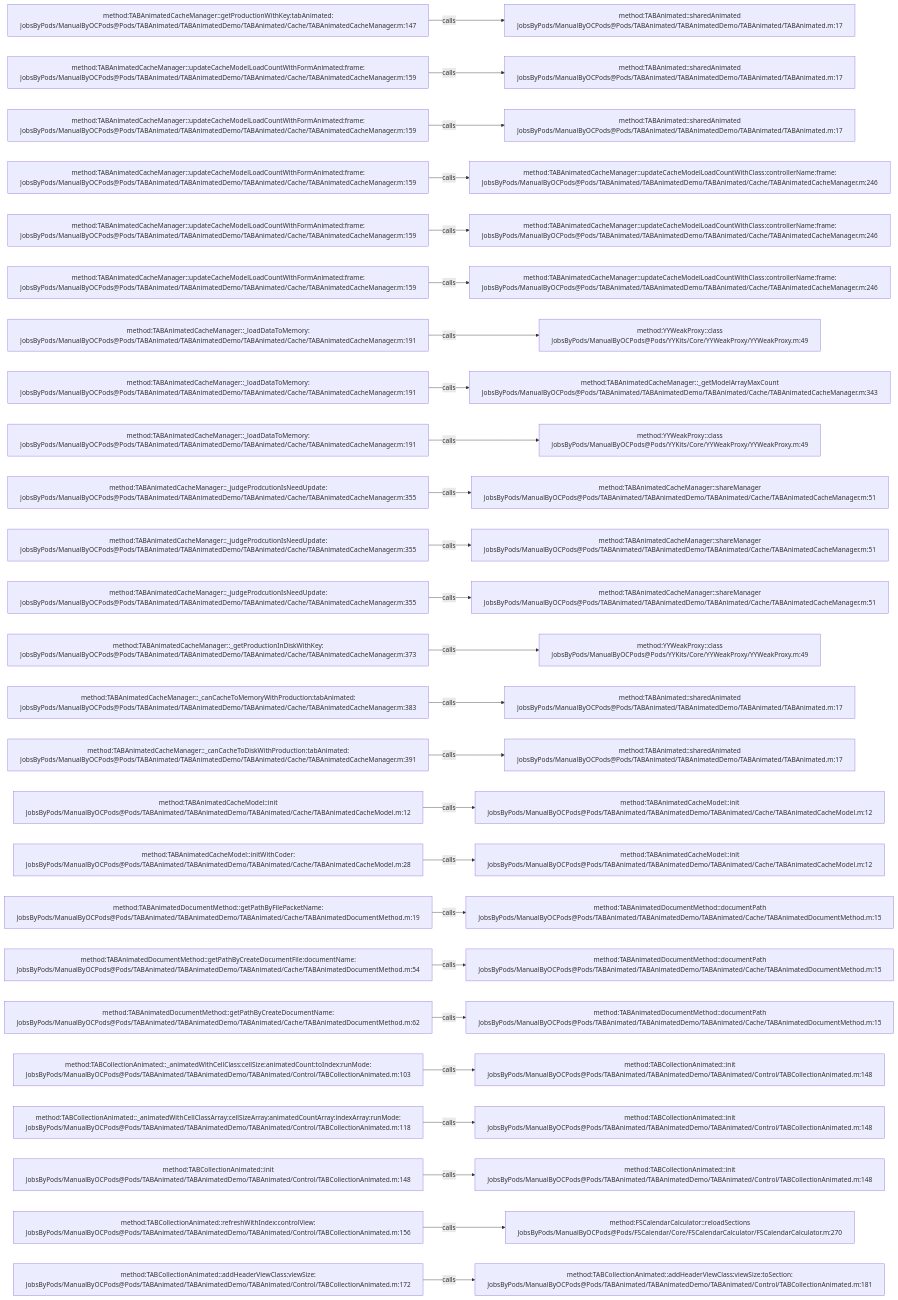
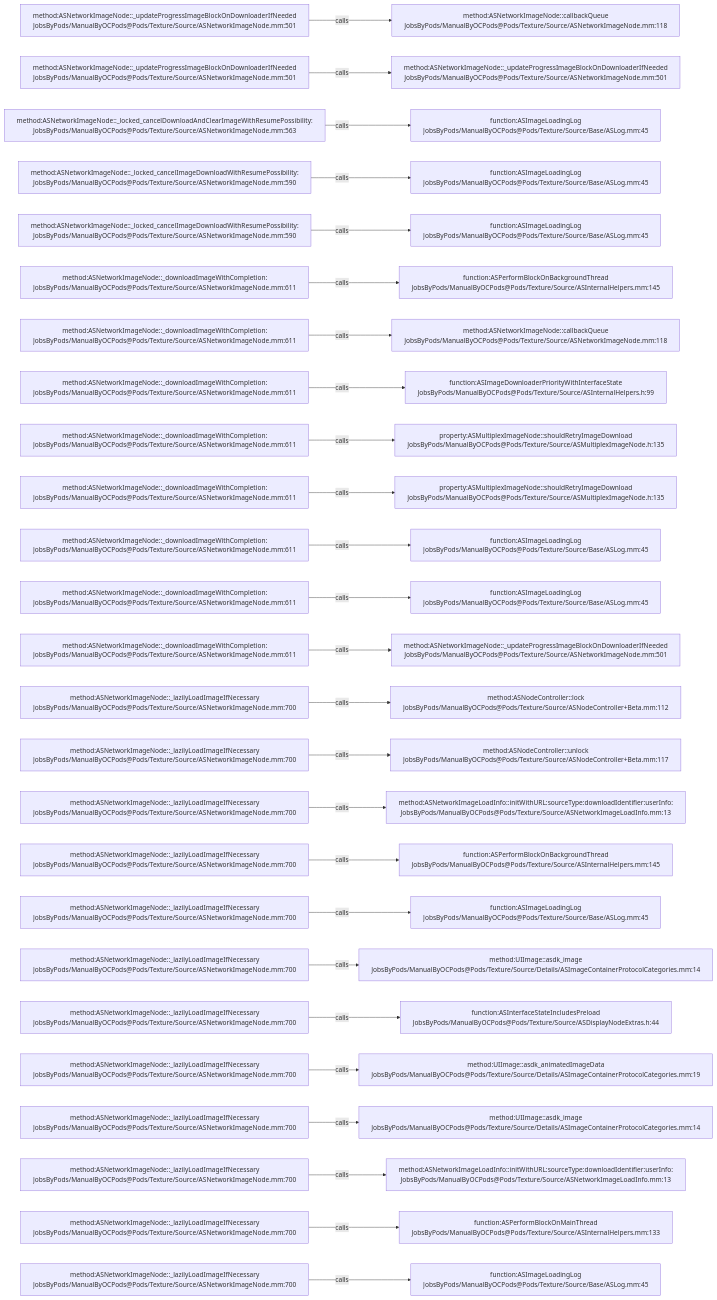
The diagram in .codegraph/codegraph.md/graphs/calls-126.md (JobsKits/JobsOCBaseConfigDemo), drawn with Mermaid before and after one commit. The commit also changed 2162 other files, not shown here.

````diff
--- a/.codegraph/codegraph.md/graphs/calls-126.md
+++ b/.codegraph/codegraph.md/graphs/calls-126.md
@@ -13,78 +13,78 @@
 ```mermaid
 flowchart LR
-  S1["method:TABAnimatedCacheManager::getProductionWithKey:tabAnimated:<br/>JobsByPods/ManualByOCPods@Pods/TABAnimated/TABAnimatedDemo/TABAnimated/Cache/TABAnimatedCacheManager.m:147"]
-  T1["method:TABAnimated::sharedAnimated<br/>JobsByPods/ManualByOCPods@Pods/TABAnimated/TABAnimatedDemo/TABAnimated/TABAnimated.m:17"]
+  S1["method:ASNetworkImageNode::_updateProgressImageBlockOnDownloaderIfNeeded<br/>JobsByPods/ManualByOCPods@Pods/Texture/Source/ASNetworkImageNode.mm:501"]
+  T1["method:ASNetworkImageNode::callbackQueue<br/>JobsByPods/ManualByOCPods@Pods/Texture/Source/ASNetworkImageNode.mm:118"]
   S1 -->|calls| T1
-  S2["method:TABAnimatedCacheManager::updateCacheModelLoadCountWithFormAnimated:frame:<br/>JobsByPods/ManualByOCPods@Pods/TABAnimated/TABAnimatedDemo/TABAnimated/Cache/TABAnimatedCacheManager.m:159"]
-  T2["method:TABAnimated::sharedAnimated<br/>JobsByPods/ManualByOCPods@Pods/TABAnimated/TABAnimatedDemo/TABAnimated/TABAnimated.m:17"]
+  S2["method:ASNetworkImageNode::_updateProgressImageBlockOnDownloaderIfNeeded<br/>JobsByPods/ManualByOCPods@Pods/Texture/Source/ASNetworkImageNode.mm:501"]
+  T2["method:ASNetworkImageNode::_updateProgressImageBlockOnDownloaderIfNeeded<br/>JobsByPods/ManualByOCPods@Pods/Texture/Source/ASNetworkImageNode.mm:501"]
   S2 -->|calls| T2
-  S3["method:TABAnimatedCacheManager::updateCacheModelLoadCountWithFormAnimated:frame:<br/>JobsByPods/ManualByOCPods@Pods/TABAnimated/TABAnimatedDemo/TABAnimated/Cache/TABAnimatedCacheManager.m:159"]
-  T3["method:TABAnimated::sharedAnimated<br/>JobsByPods/ManualByOCPods@Pods/TABAnimated/TABAnimatedDemo/TABAnimated/TABAnimated.m:17"]
+  S3["method:ASNetworkImageNode::_locked_cancelDownloadAndClearImageWithResumePossibility:<br/>JobsByPods/ManualByOCPods@Pods/Texture/Source/ASNetworkImageNode.mm:563"]
+  T3["function:ASImageLoadingLog<br/>JobsByPods/ManualByOCPods@Pods/Texture/Source/Base/ASLog.mm:45"]
   S3 -->|calls| T3
-  S4["method:TABAnimatedCacheManager::updateCacheModelLoadCountWithFormAnimated:frame:<br/>JobsByPods/ManualByOCPods@Pods/TABAnimated/TABAnimatedDemo/TABAnimated/Cache/TABAnimatedCacheManager.m:159"]
-  T4["method:TABAnimatedCacheManager::updateCacheModelLoadCountWithClass:controllerName:frame:<br/>JobsByPods/ManualByOCPods@Pods/TABAnimated/TABAnimatedDemo/TABAnimated/Cache/TABAnimatedCacheManager.m:246"]
+  S4["method:ASNetworkImageNode::_locked_cancelImageDownloadWithResumePossibility:<br/>JobsByPods/ManualByOCPods@Pods/Texture/Source/ASNetworkImageNode.mm:590"]
+  T4["function:ASImageLoadingLog<br/>JobsByPods/ManualByOCPods@Pods/Texture/Source/Base/ASLog.mm:45"]
   S4 -->|calls| T4
-  S5["method:TABAnimatedCacheManager::updateCacheModelLoadCountWithFormAnimated:frame:<br/>JobsByPods/ManualByOCPods@Pods/TABAnimated/TABAnimatedDemo/TABAnimated/Cache/TABAnimatedCacheManager.m:159"]
-  T5["method:TABAnimatedCacheManager::updateCacheModelLoadCountWithClass:controllerName:frame:<br/>JobsByPods/ManualByOCPods@Pods/TABAnimated/TABAnimatedDemo/TABAnimated/Cache/TABAnimatedCacheManager.m:246"]
+  S5["method:ASNetworkImageNode::_locked_cancelImageDownloadWithResumePossibility:<br/>JobsByPods/ManualByOCPods@Pods/Texture/Source/ASNetworkImageNode.mm:590"]
+  T5["function:ASImageLoadingLog<br/>JobsByPods/ManualByOCPods@Pods/Texture/Source/Base/ASLog.mm:45"]
   S5 -->|calls| T5
-  S6["method:TABAnimatedCacheManager::updateCacheModelLoadCountWithFormAnimated:frame:<br/>JobsByPods/ManualByOCPods@Pods/TABAnimated/TABAnimatedDemo/TABAnimated/Cache/TABAnimatedCacheManager.m:159"]
-  T6["method:TABAnimatedCacheManager::updateCacheModelLoadCountWithClass:controllerName:frame:<br/>JobsByPods/ManualByOCPods@Pods/TABAnimated/TABAnimatedDemo/TABAnimated/Cache/TABAnimatedCacheManager.m:246"]
+  S6["method:ASNetworkImageNode::_downloadImageWithCompletion:<br/>JobsByPods/ManualByOCPods@Pods/Texture/Source/ASNetworkImageNode.mm:611"]
+  T6["function:ASPerformBlockOnBackgroundThread<br/>JobsByPods/ManualByOCPods@Pods/Texture/Source/ASInternalHelpers.mm:145"]
   S6 -->|calls| T6
-  S7["method:TABAnimatedCacheManager::_loadDataToMemory:<br/>JobsByPods/ManualByOCPods@Pods/TABAnimated/TABAnimatedDemo/TABAnimated/Cache/TABAnimatedCacheManager.m:191"]
-  T7["method:YYWeakProxy::class<br/>JobsByPods/ManualByOCPods@Pods/YYKits/Core/YYWeakProxy/YYWeakProxy.m:49"]
+  S7["method:ASNetworkImageNode::_downloadImageWithCompletion:<br/>JobsByPods/ManualByOCPods@Pods/Texture/Source/ASNetworkImageNode.mm:611"]
+  T7["method:ASNetworkImageNode::callbackQueue<br/>JobsByPods/ManualByOCPods@Pods/Texture/Source/ASNetworkImageNode.mm:118"]
   S7 -->|calls| T7
-  S8["method:TABAnimatedCacheManager::_loadDataToMemory:<br/>JobsByPods/ManualByOCPods@Pods/TABAnimated/TABAnimatedDemo/TABAnimated/Cache/TABAnimatedCacheManager.m:191"]
-  T8["method:TABAnimatedCacheManager::_getModelArrayMaxCount<br/>JobsByPods/ManualByOCPods@Pods/TABAnimated/TABAnimatedDemo/TABAnimated/Cache/TABAnimatedCacheManager.m:343"]
+  S8["method:ASNetworkImageNode::_downloadImageWithCompletion:<br/>JobsByPods/ManualByOCPods@Pods/Texture/Source/ASNetworkImageNode.mm:611"]
+  T8["function:ASImageDownloaderPriorityWithInterfaceState<br/>JobsByPods/ManualByOCPods@Pods/Texture/Source/ASInternalHelpers.h:99"]
   S8 -->|calls| T8
-  S9["method:TABAnimatedCacheManager::_loadDataToMemory:<br/>JobsByPods/ManualByOCPods@Pods/TABAnimated/TABAnimatedDemo/TABAnimated/Cache/TABAnimatedCacheManager.m:191"]
-  T9["method:YYWeakProxy::class<br/>JobsByPods/ManualByOCPods@Pods/YYKits/Core/YYWeakProxy/YYWeakProxy.m:49"]
+  S9["method:ASNetworkImageNode::_downloadImageWithCompletion:<br/>JobsByPods/ManualByOCPods@Pods/Texture/Source/ASNetworkImageNode.mm:611"]
+  T9["property:ASMultiplexImageNode::shouldRetryImageDownload<br/>JobsByPods/ManualByOCPods@Pods/Texture/Source/ASMultiplexImageNode.h:135"]
   S9 -->|calls| T9
-  S10["method:TABAnimatedCacheManager::_judgeProdcutionIsNeedUpdate:<br/>JobsByPods/ManualByOCPods@Pods/TABAnimated/TABAnimatedDemo/TABAnimated/Cache/TABAnimatedCacheManager.m:355"]
-  T10["method:TABAnimatedCacheManager::shareManager<br/>JobsByPods/ManualByOCPods@Pods/TABAnimated/TABAnimatedDemo/TABAnimated/Cache/TABAnimatedCacheManager.m:51"]
+  S10["method:ASNetworkImageNode::_downloadImageWithCompletion:<br/>JobsByPods/ManualByOCPods@Pods/Texture/Source/ASNetworkImageNode.mm:611"]
+  T10["property:ASMultiplexImageNode::shouldRetryImageDownload<br/>JobsByPods/ManualByOCPods@Pods/Texture/Source/ASMultiplexImageNode.h:135"]
   S10 -->|calls| T10
-  S11["method:TABAnimatedCacheManager::_judgeProdcutionIsNeedUpdate:<br/>JobsByPods/ManualByOCPods@Pods/TABAnimated/TABAnimatedDemo/TABAnimated/Cache/TABAnimatedCacheManager.m:355"]
-  T11["method:TABAnimatedCacheManager::shareManager<br/>JobsByPods/ManualByOCPods@Pods/TABAnimated/TABAnimatedDemo/TABAnimated/Cache/TABAnimatedCacheManager.m:51"]
+  S11["method:ASNetworkImageNode::_downloadImageWithCompletion:<br/>JobsByPods/ManualByOCPods@Pods/Texture/Source/ASNetworkImageNode.mm:611"]
+  T11["function:ASImageLoadingLog<br/>JobsByPods/ManualByOCPods@Pods/Texture/Source/Base/ASLog.mm:45"]
   S11 -->|calls| T11
-  S12["method:TABAnimatedCacheManager::_judgeProdcutionIsNeedUpdate:<br/>JobsByPods/ManualByOCPods@Pods/TABAnimated/TABAnimatedDemo/TABAnimated/Cache/TABAnimatedCacheManager.m:355"]
-  T12["method:TABAnimatedCacheManager::shareManager<br/>JobsByPods/ManualByOCPods@Pods/TABAnimated/TABAnimatedDemo/TABAnimated/Cache/TABAnimatedCacheManager.m:51"]
+  S12["method:ASNetworkImageNode::_downloadImageWithCompletion:<br/>JobsByPods/ManualByOCPods@Pods/Texture/Source/ASNetworkImageNode.mm:611"]
+  T12["function:ASImageLoadingLog<br/>JobsByPods/ManualByOCPods@Pods/Texture/Source/Base/ASLog.mm:45"]
   S12 -->|calls| T12
-  S13["method:TABAnimatedCacheManager::_getProductionInDiskWithKey:<br/>JobsByPods/ManualByOCPods@Pods/TABAnimated/TABAnimatedDemo/TABAnimated/Cache/TABAnimatedCacheManager.m:373"]
-  T13["method:YYWeakProxy::class<br/>JobsByPods/ManualByOCPods@Pods/YYKits/Core/YYWeakProxy/YYWeakProxy.m:49"]
+  S13["method:ASNetworkImageNode::_downloadImageWithCompletion:<br/>JobsByPods/ManualByOCPods@Pods/Texture/Source/ASNetworkImageNode.mm:611"]
+  T13["method:ASNetworkImageNode::_updateProgressImageBlockOnDownloaderIfNeeded<br/>JobsByPods/ManualByOCPods@Pods/Texture/Source/ASNetworkImageNode.mm:501"]
   S13 -->|calls| T13
-  S14["method:TABAnimatedCacheManager::_canCacheToMemoryWithProduction:tabAnimated:<br/>JobsByPods/ManualByOCPods@Pods/TABAnimated/TABAnimatedDemo/TABAnimated/Cache/TABAnimatedCacheManager.m:383"]
-  T14["method:TABAnimated::sharedAnimated<br/>JobsByPods/ManualByOCPods@Pods/TABAnimated/TABAnimatedDemo/TABAnimated/TABAnimated.m:17"]
+  S14["method:ASNetworkImageNode::_lazilyLoadImageIfNecessary<br/>JobsByPods/ManualByOCPods@Pods/Texture/Source/ASNetworkImageNode.mm:700"]
+  T14["method:ASNodeController::lock<br/>JobsByPods/ManualByOCPods@Pods/Texture/Source/ASNodeController+Beta.mm:112"]
   S14 -->|calls| T14
-  S15["method:TABAnimatedCacheManager::_canCacheToDiskWithProduction:tabAnimated:<br/>JobsByPods/ManualByOCPods@Pods/TABAnimated/TABAnimatedDemo/TABAnimated/Cache/TABAnimatedCacheManager.m:391"]
-  T15["method:TABAnimated::sharedAnimated<br/>JobsByPods/ManualByOCPods@Pods/TABAnimated/TABAnimatedDemo/TABAnimated/TABAnimated.m:17"]
+  S15["method:ASNetworkImageNode::_lazilyLoadImageIfNecessary<br/>JobsByPods/ManualByOCPods@Pods/Texture/Source/ASNetworkImageNode.mm:700"]
+  T15["method:ASNodeController::unlock<br/>JobsByPods/ManualByOCPods@Pods/Texture/Source/ASNodeController+Beta.mm:117"]
   S15 -->|calls| T15
-  S16["method:TABAnimatedCacheModel::init<br/>JobsByPods/ManualByOCPods@Pods/TABAnimated/TABAnimatedDemo/TABAnimated/Cache/TABAnimatedCacheModel.m:12"]
-  T16["method:TABAnimatedCacheModel::init<br/>JobsByPods/ManualByOCPods@Pods/TABAnimated/TABAnimatedDemo/TABAnimated/Cache/TABAnimatedCacheModel.m:12"]
+  S16["method:ASNetworkImageNode::_lazilyLoadImageIfNecessary<br/>JobsByPods/ManualByOCPods@Pods/Texture/Source/ASNetworkImageNode.mm:700"]
+  T16["method:ASNetworkImageLoadInfo::initWithURL:sourceType:downloadIdentifier:userInfo:<br/>JobsByPods/ManualByOCPods@Pods/Texture/Source/ASNetworkImageLoadInfo.mm:13"]
   S16 -->|calls| T16
-  S17["method:TABAnimatedCacheModel::initWithCoder:<br/>JobsByPods/ManualByOCPods@Pods/TABAnimated/TABAnimatedDemo/TABAnimated/Cache/TABAnimatedCacheModel.m:28"]
-  T17["method:TABAnimatedCacheModel::init<br/>JobsByPods/ManualByOCPods@Pods/TABAnimated/TABAnimatedDemo/TABAnimated/Cache/TABAnimatedCacheModel.m:12"]
+  S17["method:ASNetworkImageNode::_lazilyLoadImageIfNecessary<br/>JobsByPods/ManualByOCPods@Pods/Texture/Source/ASNetworkImageNode.mm:700"]
+  T17["function:ASPerformBlockOnBackgroundThread<br/>JobsByPods/ManualByOCPods@Pods/Texture/Source/ASInternalHelpers.mm:145"]
   S17 -->|calls| T17
-  S18["method:TABAnimatedDocumentMethod::getPathByFilePacketName:<br/>JobsByPods/ManualByOCPods@Pods/TABAnimated/TABAnimatedDemo/TABAnimated/Cache/TABAnimatedDocumentMethod.m:19"]
-  T18["method:TABAnimatedDocumentMethod::documentPath<br/>JobsByPods/ManualByOCPods@Pods/TABAnimated/TABAnimatedDemo/TABAnimated/Cache/TABAnimatedDocumentMethod.m:15"]
+  S18["method:ASNetworkImageNode::_lazilyLoadImageIfNecessary<br/>JobsByPods/ManualByOCPods@Pods/Texture/Source/ASNetworkImageNode.mm:700"]
+  T18["function:ASImageLoadingLog<br/>JobsByPods/ManualByOCPods@Pods/Texture/Source/Base/ASLog.mm:45"]
   S18 -->|calls| T18
-  S19["method:TABAnimatedDocumentMethod::getPathByCreateDocumentFile:documentName:<br/>JobsByPods/ManualByOCPods@Pods/TABAnimated/TABAnimatedDemo/TABAnimated/Cache/TABAnimatedDocumentMethod.m:54"]
-  T19["method:TABAnimatedDocumentMethod::documentPath<br/>JobsByPods/ManualByOCPods@Pods/TABAnimated/TABAnimatedDemo/TABAnimated/Cache/TABAnimatedDocumentMethod.m:15"]
+  S19["method:ASNetworkImageNode::_lazilyLoadImageIfNecessary<br/>JobsByPods/ManualByOCPods@Pods/Texture/Source/ASNetworkImageNode.mm:700"]
+  T19["method:UIImage::asdk_image<br/>JobsByPods/ManualByOCPods@Pods/Texture/Source/Details/ASImageContainerProtocolCategories.mm:14"]
   S19 -->|calls| T19
-  S20["method:TABAnimatedDocumentMethod::getPathByCreateDocumentName:<br/>JobsByPods/ManualByOCPods@Pods/TABAnimated/TABAnimatedDemo/TABAnimated/Cache/TABAnimatedDocumentMethod.m:62"]
-  T20["method:TABAnimatedDocumentMethod::documentPath<br/>JobsByPods/ManualByOCPods@Pods/TABAnimated/TABAnimatedDemo/TABAnimated/Cache/TABAnimatedDocumentMethod.m:15"]
+  S20["method:ASNetworkImageNode::_lazilyLoadImageIfNecessary<br/>JobsByPods/ManualByOCPods@Pods/Texture/Source/ASNetworkImageNode.mm:700"]
+  T20["function:ASInterfaceStateIncludesPreload<br/>JobsByPods/ManualByOCPods@Pods/Texture/Source/ASDisplayNodeExtras.h:44"]
   S20 -->|calls| T20
-  S21["method:TABCollectionAnimated::_animatedWithCellClass:cellSize:animatedCount:toIndex:runMode:<br/>JobsByPods/ManualByOCPods@Pods/TABAnimated/TABAnimatedDemo/TABAnimated/Control/TABCollectionAnimated.m:103"]
-  T21["method:TABCollectionAnimated::init<br/>JobsByPods/ManualByOCPods@Pods/TABAnimated/TABAnimatedDemo/TABAnimated/Control/TABCollectionAnimated.m:148"]
+  S21["method:ASNetworkImageNode::_lazilyLoadImageIfNecessary<br/>JobsByPods/ManualByOCPods@Pods/Texture/Source/ASNetworkImageNode.mm:700"]
+  T21["method:UIImage::asdk_animatedImageData<br/>JobsByPods/ManualByOCPods@Pods/Texture/Source/Details/ASImageContainerProtocolCategories.mm:19"]
   S21 -->|calls| T21
-  S22["method:TABCollectionAnimated::_animatedWithCellClassArray:cellSizeArray:animatedCountArray:indexArray:runMode:<br/>JobsByPods/ManualByOCPods@Pods/TABAnimated/TABAnimatedDemo/TABAnimated/Control/TABCollectionAnimated.m:118"]
-  T22["method:TABCollectionAnimated::init<br/>JobsByPods/ManualByOCPods@Pods/TABAnimated/TABAnimatedDemo/TABAnimated/Control/TABCollectionAnimated.m:148"]
+  S22["method:ASNetworkImageNode::_lazilyLoadImageIfNecessary<br/>JobsByPods/ManualByOCPods@Pods/Texture/Source/ASNetworkImageNode.mm:700"]
+  T22["method:UIImage::asdk_image<br/>JobsByPods/ManualByOCPods@Pods/Texture/Source/Details/ASImageContainerProtocolCategories.mm:14"]
   S22 -->|calls| T22
-  S23["method:TABCollectionAnimated::init<br/>JobsByPods/ManualByOCPods@Pods/TABAnimated/TABAnimatedDemo/TABAnimated/Control/TABCollectionAnimated.m:148"]
-  T23["method:TABCollectionAnimated::init<br/>JobsByPods/ManualByOCPods@Pods/TABAnimated/TABAnimatedDemo/TABAnimated/Control/TABCollectionAnimated.m:148"]
+  S23["method:ASNetworkImageNode::_lazilyLoadImageIfNecessary<br/>JobsByPods/ManualByOCPods@Pods/Texture/Source/ASNetworkImageNode.mm:700"]
+  T23["method:ASNetworkImageLoadInfo::initWithURL:sourceType:downloadIdentifier:userInfo:<br/>JobsByPods/ManualByOCPods@Pods/Texture/Source/ASNetworkImageLoadInfo.mm:13"]
   S23 -->|calls| T23
-  S24["method:TABCollectionAnimated::refreshWithIndex:controlView:<br/>JobsByPods/ManualByOCPods@Pods/TABAnimated/TABAnimatedDemo/TABAnimated/Control/TABCollectionAnimated.m:156"]
-  T24["method:FSCalendarCalculator::reloadSections<br/>JobsByPods/ManualByOCPods@Pods/FSCalendar/Core/FSCalendarCalculator/FSCalendarCalculator.m:270"]
+  S24["method:ASNetworkImageNode::_lazilyLoadImageIfNecessary<br/>JobsByPods/ManualByOCPods@Pods/Texture/Source/ASNetworkImageNode.mm:700"]
+  T24["function:ASPerformBlockOnMainThread<br/>JobsByPods/ManualByOCPods@Pods/Texture/Source/ASInternalHelpers.mm:133"]
   S24 -->|calls| T24
-  S25["method:TABCollectionAnimated::addHeaderViewClass:viewSize:<br/>JobsByPods/ManualByOCPods@Pods/TABAnimated/TABAnimatedDemo/TABAnimated/Control/TABCollectionAnimated.m:172"]
-  T25["method:TABCollectionAnimated::addHeaderViewClass:viewSize:toSection:<br/>JobsByPods/ManualByOCPods@Pods/TABAnimated/TABAnimatedDemo/TABAnimated/Control/TABCollectionAnimated.m:181"]
+  S25["method:ASNetworkImageNode::_lazilyLoadImageIfNecessary<br/>JobsByPods/ManualByOCPods@Pods/Texture/Source/ASNetworkImageNode.mm:700"]
+  T25["function:ASImageLoadingLog<br/>JobsByPods/ManualByOCPods@Pods/Texture/Source/Base/ASLog.mm:45"]
   S25 -->|calls| T25
 ```
````
